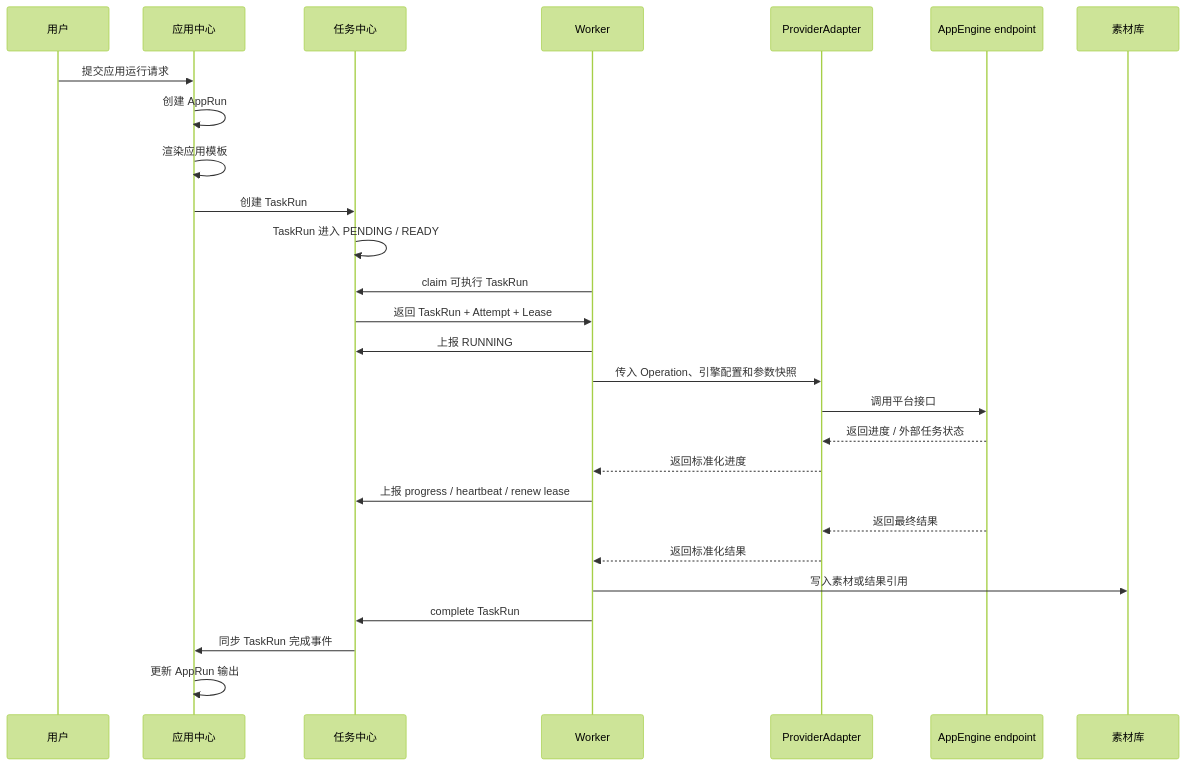
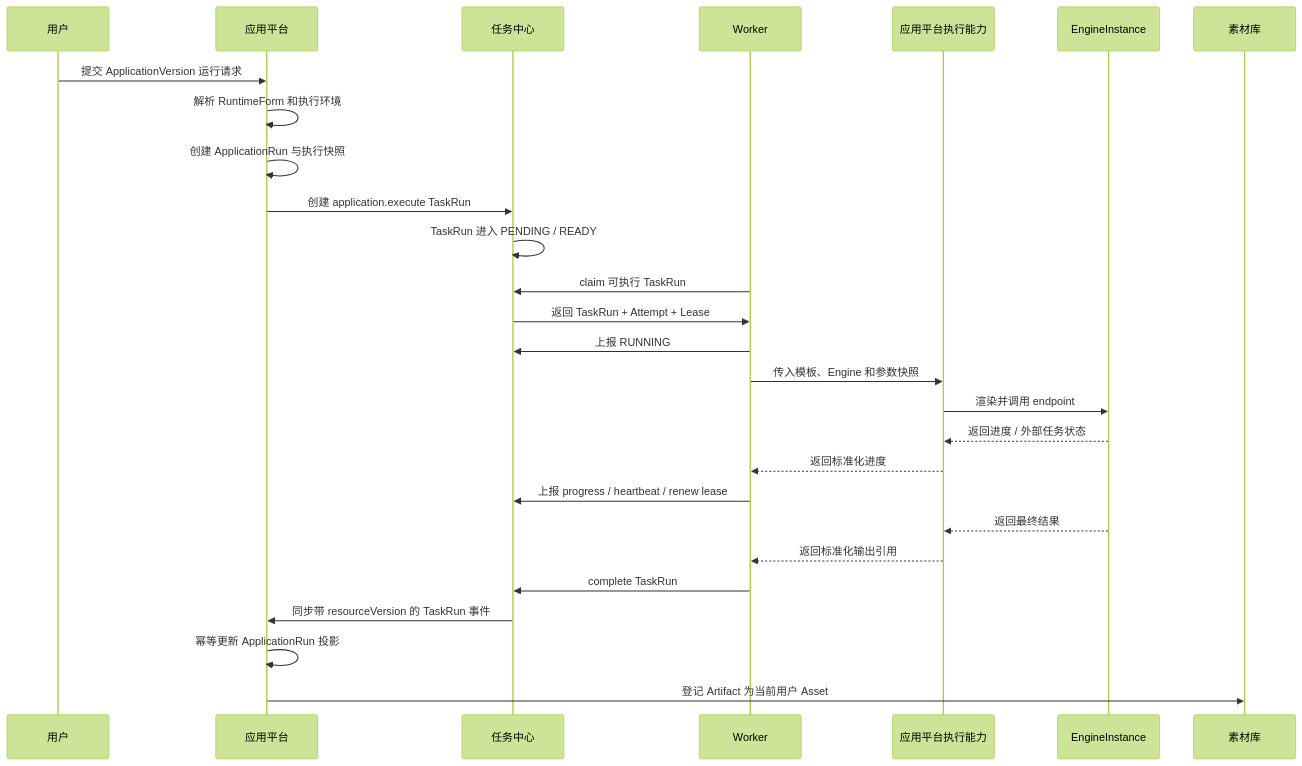
One commit to wangweihong/omnimam-spec changed the second of 7 diagrams in 00_product/domains/task-center/product-spec.md. Above: the diagram before and after it, drawn with Mermaid (forest theme). The commit also changed other lines of this file and 59 other files, not shown here.

````diff
--- a/00_product/domains/task-center/product-spec.md
+++ b/00_product/domains/task-center/product-spec.md
@@ -847,30 +846,30 @@
 ```mermaid
 sequenceDiagram
     participant User as 用户
-    participant App as 应用中心
+    participant App as 应用平台
     participant Task as 任务中心
     participant Worker as Worker
-    participant Adapter as ProviderAdapter
-    participant Engine as AppEngine endpoint
+    participant Exec as 应用平台执行能力
+    participant Engine as EngineInstance
     participant Asset as 素材库
 
-    User->>App: 提交应用运行请求
-    App->>App: 创建 AppRun
-    App->>App: 渲染应用模板
-    App->>Task: 创建 TaskRun
+    User->>App: 提交 ApplicationVersion 运行请求
+    App->>App: 解析 RuntimeForm 和执行环境
+    App->>App: 创建 ApplicationRun 与执行快照
+    App->>Task: 创建 application.execute TaskRun
     Task->>Task: TaskRun 进入 PENDING / READY
     Worker->>Task: claim 可执行 TaskRun
     Task->>Worker: 返回 TaskRun + Attempt + Lease
     Worker->>Task: 上报 RUNNING
-    Worker->>Adapter: 传入 Operation、引擎配置和参数快照
-    Adapter->>Engine: 调用平台接口
-    Engine-->>Adapter: 返回进度 / 外部任务状态
-    Adapter-->>Worker: 返回标准化进度
+    Worker->>Exec: 传入模板、Engine 和参数快照
+    Exec->>Engine: 渲染并调用 endpoint
+    Engine-->>Exec: 返回进度 / 外部任务状态
+    Exec-->>Worker: 返回标准化进度
     Worker->>Task: 上报 progress / heartbeat / renew lease
-    Engine-->>Adapter: 返回最终结果
-    Adapter-->>Worker: 返回标准化结果
-    Worker->>Asset: 写入素材或结果引用
+    Engine-->>Exec: 返回最终结果
+    Exec-->>Worker: 返回标准化输出引用
     Worker->>Task: complete TaskRun
-    Task->>App: 同步 TaskRun 完成事件
-    App->>App: 更新 AppRun 输出
+    Task->>App: 同步带 resourceVersion 的 TaskRun 事件
+    App->>App: 幂等更新 ApplicationRun 投影
+    App->>Asset: 登记 Artifact 为当前用户 Asset
 ```
````
